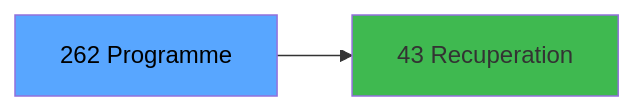
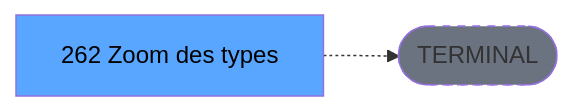
Before and after one commit to thonyAGP/lecteur-magic: the third of 3 diagrams in .openspec/specs/ADH-IDE-262.md, drawn with Mermaid. The commit also changed other lines of this file and 701 other files, not shown here.

````diff
--- a/.openspec/specs/ADH-IDE-262.md
+++ b/.openspec/specs/ADH-IDE-262.md
@@ -132,8 +134,8 @@
 ```mermaid
 graph LR
-    T[262 Programme]
-    C43[43 Recuperation]
-    T --> C43
+    T[262 Zoom  des types]
+    TERM([TERMINAL])
+    T -.-> TERM
+    style TERM fill:#6b7280,stroke-dasharray: 5 5
     style T fill:#58a6ff,color:#000
-    style C43 fill:#3fb950
 ```
````
